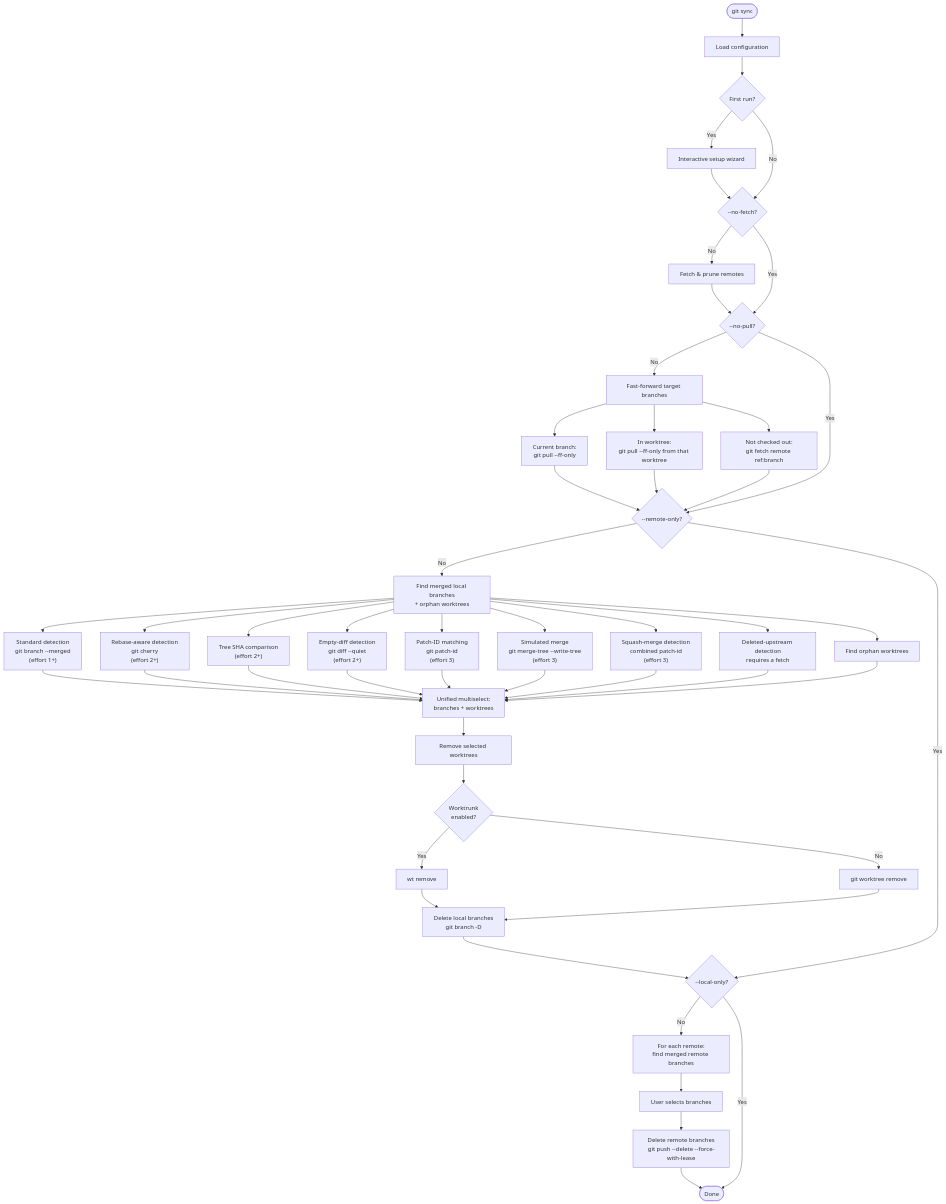
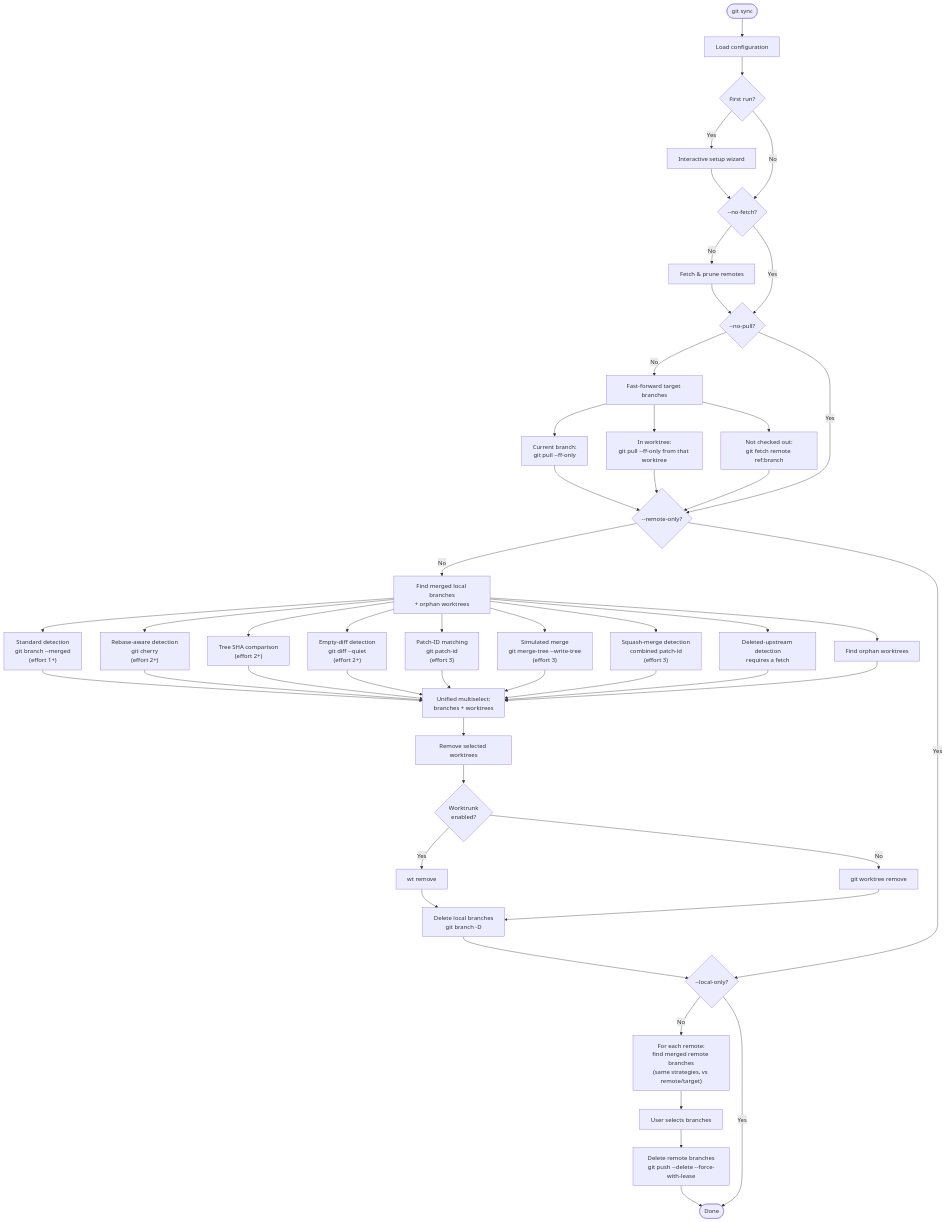
One commit to noirbizarre/git-synchronizer changed the diagram in README.md. Above: the diagram before and after it, drawn with Mermaid. The commit also changed other lines of this file and 4 other files, not shown here.

Commit message:
feat(branches): apply advanced merge detection to remote branches (#59)

````diff
--- a/README.md
+++ b/README.md
@@ -383,61 +384,61 @@
 ```mermaid
 flowchart TD
     Start([git sync]) --> LoadConfig[Load configuration]
     LoadConfig --> FirstRun{First run?}
     FirstRun -- Yes --> Setup[Interactive setup wizard]
     Setup --> FetchCheck
     FirstRun -- No --> FetchCheck
 
     FetchCheck{--no-fetch?}
     FetchCheck -- No --> Fetch[Fetch & prune remotes]
     Fetch --> PullCheck
     FetchCheck -- Yes --> PullCheck
 
     PullCheck{--no-pull?}
     PullCheck -- No --> Pull[Fast-forward target branches]
     Pull --> PullCurrent[Current branch:\ngit pull --ff-only]
     Pull --> PullWT[In worktree:\ngit pull --ff-only from that worktree]
     Pull --> PullFetch[Not checked out:\ngit fetch remote ref:branch]
     PullCurrent --> LocalCheck
     PullWT --> LocalCheck
     PullFetch --> LocalCheck
     PullCheck -- Yes --> LocalCheck
 
     LocalCheck{--remote-only?}
     LocalCheck -- No --> FindLocal[Find merged local branches\n+ orphan worktrees]
     FindLocal --> Merged["Standard detection\ngit branch --merged\n(effort 1+)"]
     FindLocal --> Cherry["Rebase-aware detection\ngit cherry\n(effort 2+)"]
     FindLocal --> TreeSHA["Tree SHA comparison\n(effort 2+)"]
     FindLocal --> EmptyDiff["Empty-diff detection\ngit diff --quiet\n(effort 2+)"]
     FindLocal --> PatchID["Patch-ID matching\ngit patch-id\n(effort 3)"]
     FindLocal --> SimMerge["Simulated merge\ngit merge-tree --write-tree\n(effort 3)"]
     FindLocal --> Squash["Squash-merge detection\ncombined patch-id\n(effort 3)"]
     FindLocal --> GoneUpstream[Deleted-upstream detection\nrequires a fetch]
     FindLocal --> Orphans[Find orphan worktrees]
     Merged --> SelectLocal[Unified multiselect:\nbranches + worktrees]
     Cherry --> SelectLocal
     TreeSHA --> SelectLocal
     EmptyDiff --> SelectLocal
     PatchID --> SelectLocal
     SimMerge --> SelectLocal
     Squash --> SelectLocal
     GoneUpstream --> SelectLocal
     Orphans --> SelectLocal
     SelectLocal --> RemoveWT[Remove selected worktrees]
     RemoveWT --> UseWT{Worktrunk\nenabled?}
     UseWT -- Yes --> WTRemove[wt remove]
     UseWT -- No --> GitWTRemove[git worktree remove]
     WTRemove --> DeleteLocal[Delete local branches\ngit branch -D]
     GitWTRemove --> DeleteLocal
     DeleteLocal --> RemoteCheck
     LocalCheck -- Yes --> RemoteCheck
 
     RemoteCheck{--local-only?}
-    RemoteCheck -- No --> FindRemote[For each remote:\nfind merged remote branches]
+    RemoteCheck -- No --> FindRemote["For each remote:\nfind merged remote branches\n(same strategies, vs remote/target)"]
     FindRemote --> SelectRemote[User selects branches]
     SelectRemote --> DeleteRemote[Delete remote branches\ngit push --delete --force-with-lease]
     DeleteRemote --> Done
     RemoteCheck -- Yes --> Done
 
     Done([Done])
 ```
````
